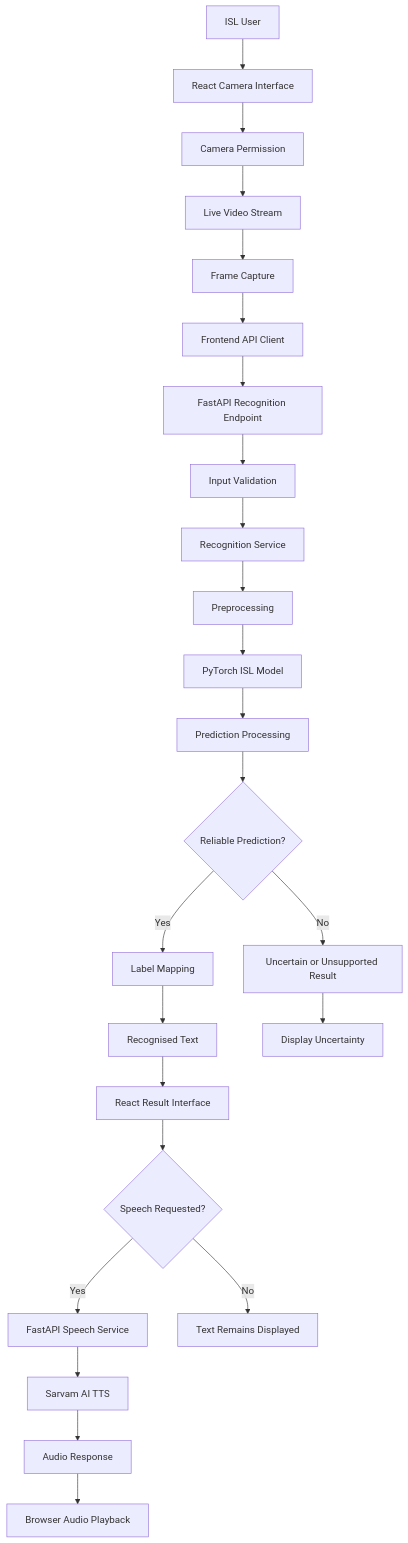
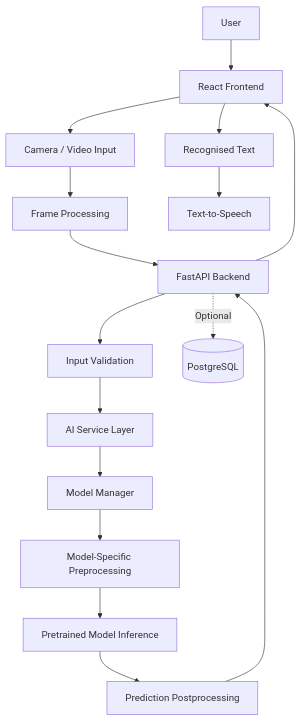
The diagram in docs/SYSTEM_ARCHITECTURE.md (rajjadav007/Signova-AI), drawn with Mermaid before and after one commit. The commit also changed other lines of this file and 234 other files, not shown here.

````diff
--- a/docs/SYSTEM_ARCHITECTURE.md
+++ b/docs/SYSTEM_ARCHITECTURE.md
@@ -656,26 +34,21 @@
 ```mermaid
 flowchart TD
-    A["ISL User"] --> B["React Camera Interface"]
-    B --> C["Camera Permission"]
-    C --> D["Live Video Stream"]
-    D --> E["Frame Capture"]
-    E --> F["Frontend API Client"]
-    F --> G["FastAPI Recognition Endpoint"]
-    G --> H["Input Validation"]
-    H --> I["Recognition Service"]
-    I --> J["Preprocessing"]
-    J --> K["PyTorch ISL Model"]
-    K --> L["Prediction Processing"]
-    L --> M{"Reliable Prediction?"}
-    M -->|Yes| N["Label Mapping"]
-    M -->|No| O["Uncertain or Unsupported Result"]
-    N --> P["Recognised Text"]
-    O --> Q["Display Uncertainty"]
-    P --> R["React Result Interface"]
-    R --> S{"Speech Requested?"}
-    S -->|Yes| T["FastAPI Speech Service"]
-    T --> U["Sarvam AI TTS"]
-    U --> V["Audio Response"]
-    V --> W["Browser Audio Playback"]
-    S -->|No| X["Text Remains Displayed"]
+    U[User] --> F[React Frontend]
+    F --> C[Camera / Video Input]
+    C --> P[Frame Processing]
+    P --> API[FastAPI Backend]
+
+    API --> V[Input Validation]
+    V --> S[AI Service Layer]
+    S --> M[Model Manager]
+    M --> PRE[Model-Specific Preprocessing]
+    PRE --> INF[Pretrained Model Inference]
+    INF --> POST[Prediction Postprocessing]
+    POST --> API
+
+    API --> F
+    F --> T[Recognised Text]
+    T --> SPEECH[Text-to-Speech]
+
+    API -. Optional .-> DB[(PostgreSQL)]
 ```
````
